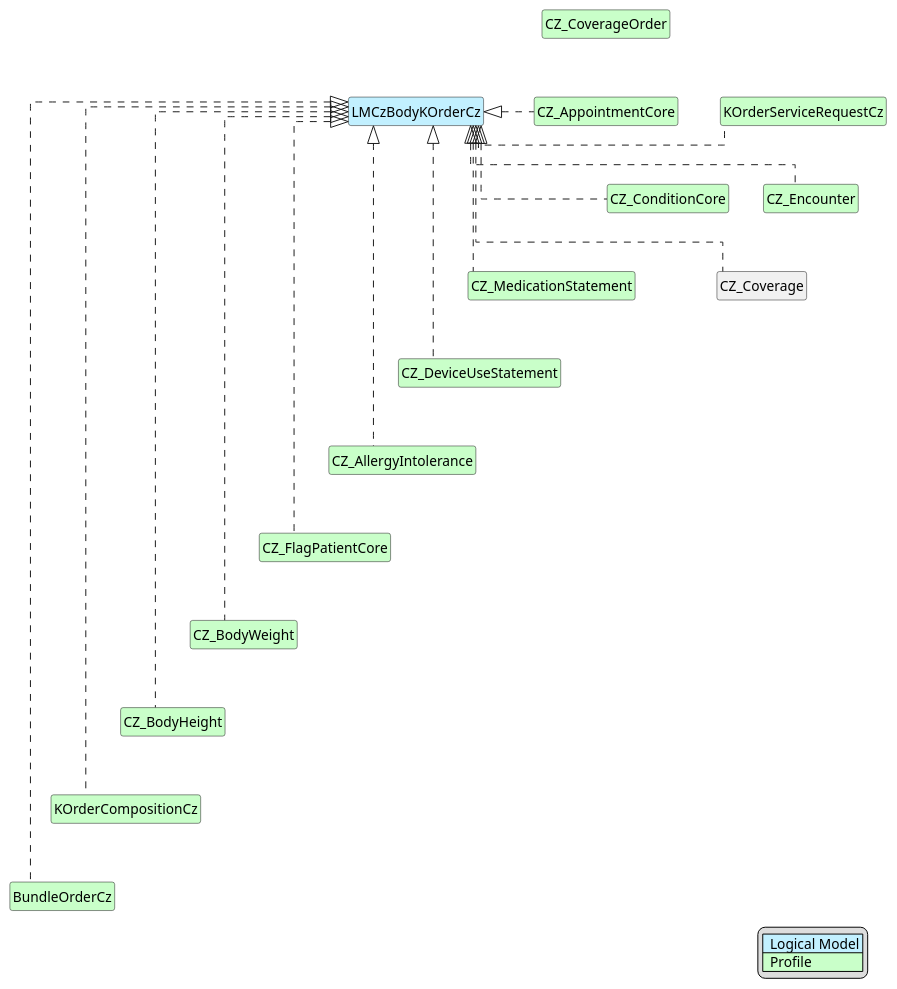
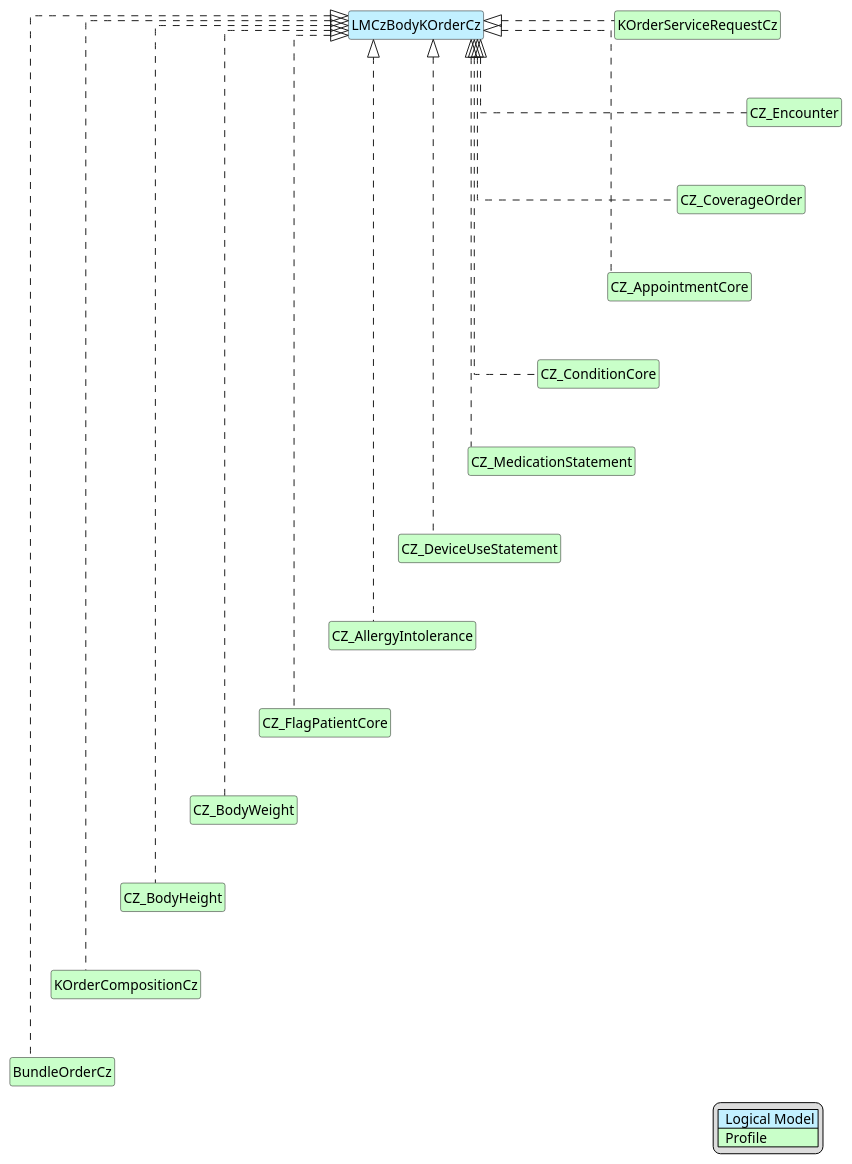
The diagram in input/images-source/K-Body-map.plantuml (HL7-cz/k-order), drawn with PlantUML before and after one commit. The commit also changed 296 other files, not shown here.

```diff
--- a/input/images-source/K-Body-map.plantuml
+++ b/input/images-source/K-Body-map.plantuml
@@ -1,73 +1,73 @@
 @startuml
 
 hide circle
 hide stereotype
 hide members
 hide methods
 
 skinparam linetype ortho
 
 skinparam class {
 BackgroundColor<<LogicalModel>> #APPLICATION
 BackgroundColor<<Profile>> #TECHNOLOGY
 }
 
 legend right
 | <#APPLICATION>  Logical Model |
 | <#TECHNOLOGY>  Profile |
 endlegend
 
 class "LMCzBodyKOrderCz" <<LogicalModel>> [[StructureDefinition-LMBodyKOrder.html]]
 
 class "KOrderServiceRequestCz" <<Profile>> [[StructureDefinition-KOrderServiceRequestCz.html]]
 "LMCzBodyKOrderCz" <|. "KOrderServiceRequestCz"
 
 class "CZ_Encounter" <<Profile>> [[https://hl7.cz/fhir/core/StructureDefinition-encounter-cz-core.html]]
 "LMCzBodyKOrderCz" <|. "CZ_Encounter"
 "KOrderServiceRequestCz" -d[hidden]-> "CZ_Encounter"
 
-class "CZ_CoverageOrder" <<Profile>> [[https://hl7.cz/fhir/core/StructureDefinition-cz-coverage.html]]
-"LMCzBodyKOrderCz" <|. "CZ_Coverage"
-"CZ_Encounter" -d[hidden]-> "CZ_Coverage"
+class "CZ_CoverageOrder" <<Profile>> [[StructureDefinition-cz-coverage-order.html]]
+"LMCzBodyKOrderCz" <|. "CZ_CoverageOrder"
+"CZ_Encounter" -d[hidden]-> "CZ_CoverageOrder"
 
 class "CZ_AppointmentCore" <<Profile>> [[https://hl7.cz/fhir/core/StructureDefinition-appointment-cz-core.html]]
 "LMCzBodyKOrderCz" <|. "CZ_AppointmentCore"
 "CZ_CoverageOrder" -d[hidden]-> "CZ_AppointmentCore"
 
 class "CZ_ConditionCore" <<Profile>> [[https://hl7.cz/fhir/core/StructureDefinition-condition-cz-core.html]]
 "LMCzBodyKOrderCz" <|. "CZ_ConditionCore"
 "CZ_AppointmentCore" -d[hidden]-> "CZ_ConditionCore"
 
 class "CZ_MedicationStatement" <<Profile>> [[https://hl7.cz/fhir/core/StructureDefinition-medicationStatement-cz-core.html]]
 "LMCzBodyKOrderCz" <|. "CZ_MedicationStatement"
 "CZ_ConditionCore" -d[hidden]-> "CZ_MedicationStatement"
 
 class "CZ_DeviceUseStatement" <<Profile>> [[StructureDefinition-cz-deviceUseStatement.html]]
 "LMCzBodyKOrderCz" <|. "CZ_DeviceUseStatement"
 "CZ_MedicationStatement" -d[hidden]-> "CZ_DeviceUseStatement"
 
 class "CZ_AllergyIntolerance" <<Profile>> [[https://hl7.cz/fhir/core/StructureDefinition-allergyIntolerance-cz-core.html]]
 "LMCzBodyKOrderCz" <|. "CZ_AllergyIntolerance"
 "CZ_DeviceUseStatement" -d[hidden]-> "CZ_AllergyIntolerance"
 
 class "CZ_FlagPatientCore" <<Profile>> [[https://hl7.cz/fhir/core/StructureDefinition-flag-patient-cz-core.html]]
 "LMCzBodyKOrderCz" <|. "CZ_FlagPatientCore"
 "CZ_AllergyIntolerance" -d[hidden]-> "CZ_FlagPatientCore"
 
 class "CZ_BodyWeight" <<Profile>> [[StructureDefinition-cz-bodyweight.html]]
 "LMCzBodyKOrderCz" <|. "CZ_BodyWeight"
 "CZ_FlagPatientCore" -d[hidden]-> "CZ_BodyWeight"
 
 class "CZ_BodyHeight" <<Profile>> [[StructureDefinition-cz-bodyheight.html]]
 "LMCzBodyKOrderCz" <|. "CZ_BodyHeight"
 "CZ_BodyWeight" -d[hidden]-> "CZ_BodyHeight"
 
 class "KOrderCompositionCz" <<Profile>> [[StructureDefinition-KOrderCompositionCz.html]]
 "LMCzBodyKOrderCz" <|. "KOrderCompositionCz"
 "CZ_BodyHeight" -d[hidden]-> "KOrderCompositionCz"
 
 class "BundleOrderCz" <<Profile>> [[StructureDefinition-BundleOrderCz.html]]
 "LMCzBodyKOrderCz" <|. "BundleOrderCz"
 "KOrderCompositionCz" -d[hidden]-> "BundleOrderCz"
 
 @enduml
```
